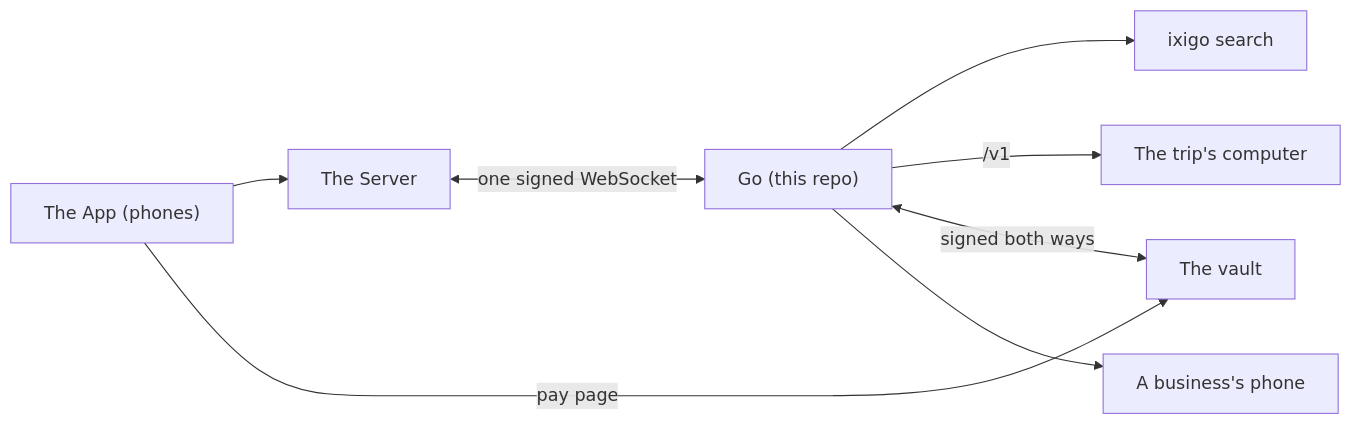
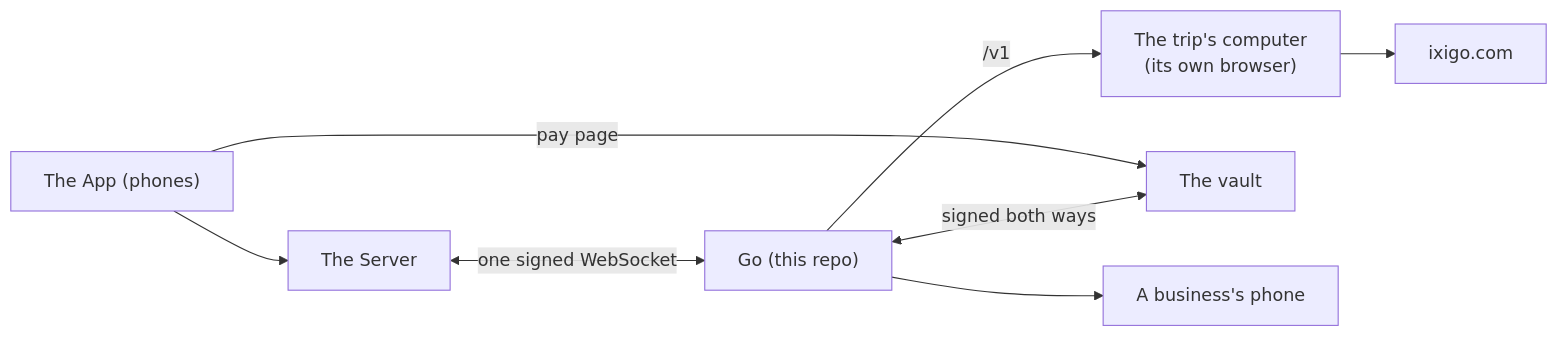
Before and after one commit to vestra-ai/go-brain: the diagram in SUBMISSION.md, drawn with Mermaid. The commit also changed other lines of this file and 2 other files, not shown here.

First line of the commit message:
docs: the submission and the architecture say what production does tonight

````diff
--- a/SUBMISSION.md
+++ b/SUBMISSION.md
@@ -55,10 +67,10 @@
 ```mermaid
 flowchart LR
   App["The App (phones)"] --> Server["The Server"]
   Server <-->|"one signed WebSocket"| Go["Go (this repo)"]
-  Go --> Ixigo["ixigo search"]
-  Go -->|"/v1"| Computer["The trip's computer"]
+  Go -->|"/v1"| Computer["The trip's computer<br/>(its own browser)"]
+  Computer --> Ixigo["ixigo.com"]
   App -->|"pay page"| Vault["The vault"]
   Go <-->|"signed both ways"| Vault
   Go --> Phone["A business's phone"]
 ```
````
